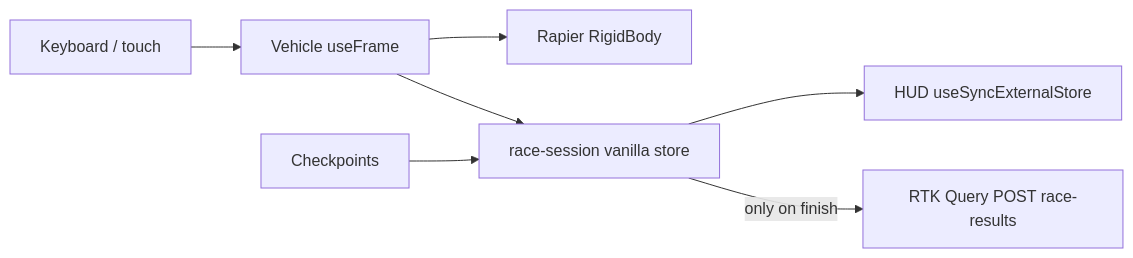
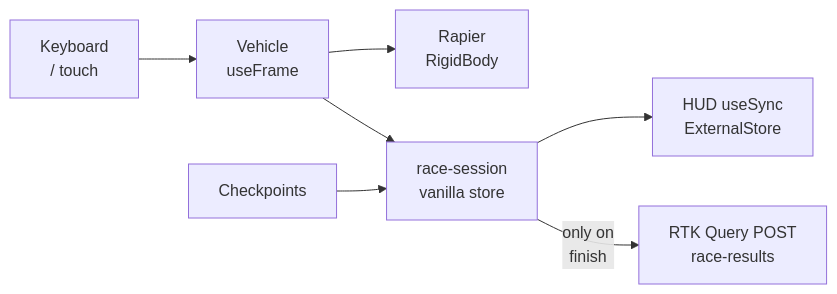
Before and after one commit to ramach05/3D-WEB-Racing-Platform: the third of 3 diagrams in README.md, drawn with Mermaid. The commit also changed other lines of this file and 3 other files, not shown here.

Commit message:
docs: polish readme authoring, toc, metrics and diagrams

````diff
--- a/README.md
+++ b/README.md
@@ -121,9 +125,9 @@
 ```mermaid
 flowchart LR
-  Input[Keyboard / touch] --> Ctrl[Vehicle useFrame]
-  Ctrl --> Rapier[Rapier RigidBody]
-  Sensors[Checkpoints] --> Sim[race-session vanilla store]
+  Input["Keyboard<br/>/ touch"] --> Ctrl["Vehicle<br/>useFrame"]
+  Ctrl --> Rapier["Rapier<br/>RigidBody"]
+  Sensors["Checkpoints"] --> Sim["race-session<br/>vanilla store"]
   Ctrl --> Sim
-  Sim --> Hud[HUD useSyncExternalStore]
-  Sim -->|"only on finish"| Rtk[RTK Query POST race-results]
+  Sim --> Hud["HUD useSync<br/>ExternalStore"]
+  Sim -->|"only on<br/>finish"| Rtk["RTK Query POST<br/>race-results"]
 ```
````
